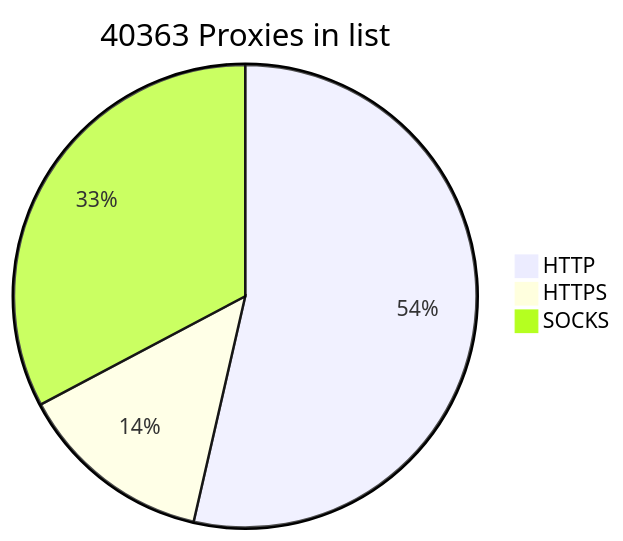
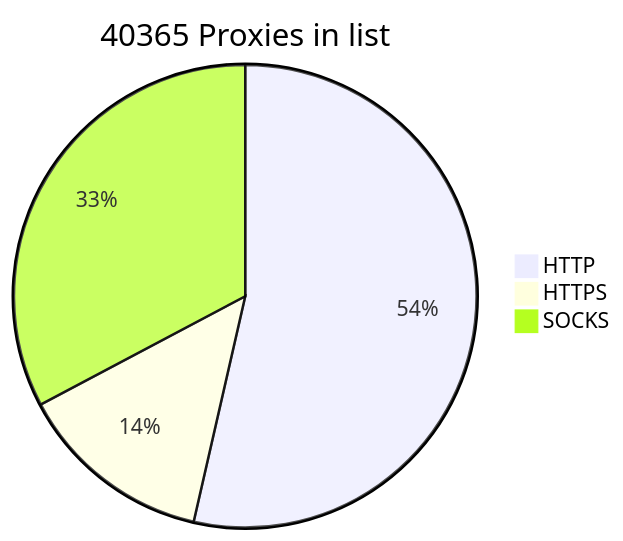
The diagram in README.md (BlackSnowDot/proxylist-update-every-minute), drawn with Mermaid before and after one commit.

````diff
--- a/README.md
+++ b/README.md
@@ -2,6 +2,6 @@
 ```mermaid
-pie title 40363 Proxies in list
+pie title 40365 Proxies in list
     "HTTP" : 24250
     "HTTPS": 6186
-    "SOCKS" : 14821
+    "SOCKS" : 14823
 ```
````
